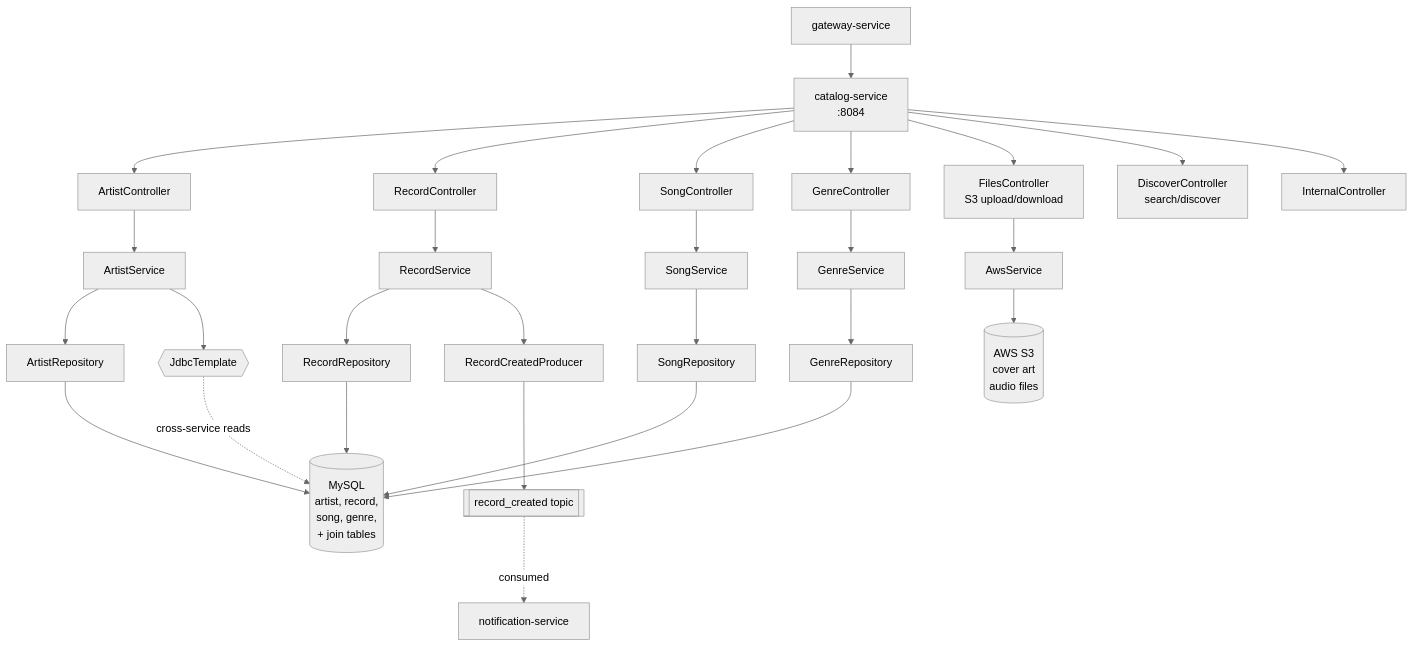
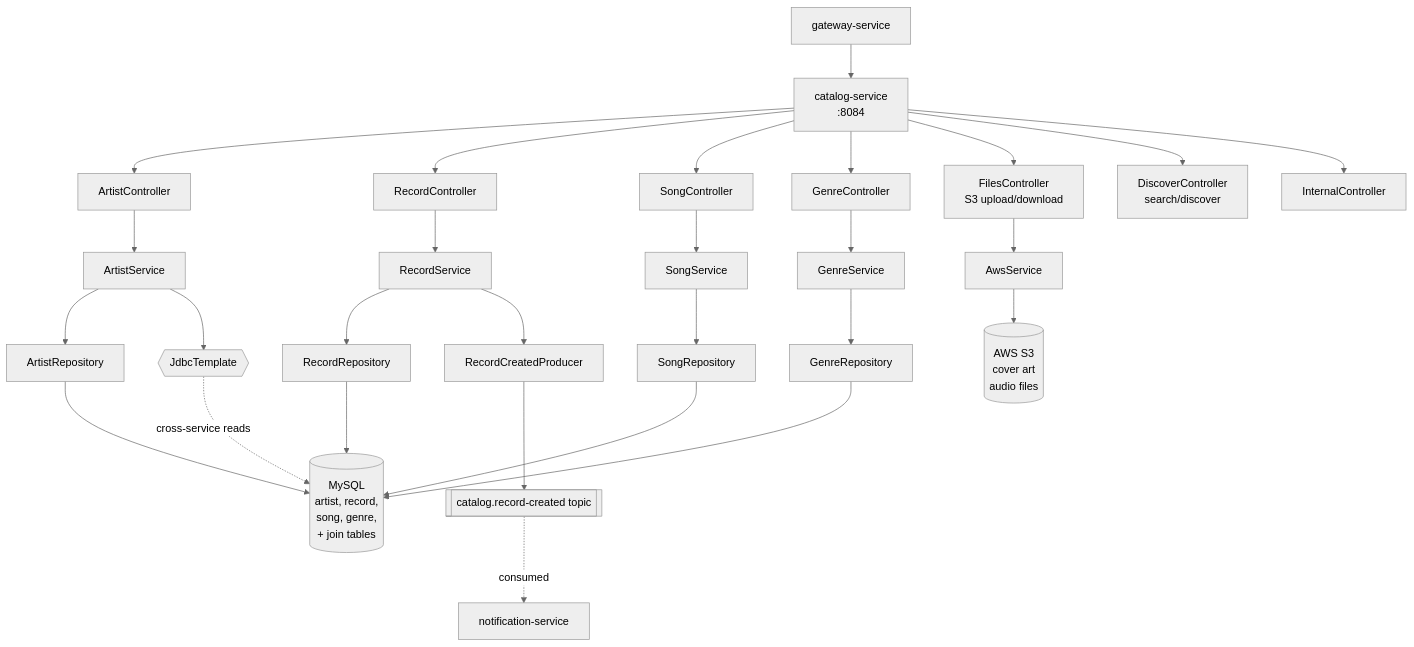
The first of 3 diagrams in catalog-service/README.md (harshithrao07/cadence), drawn with Mermaid (neutral theme) before and after one commit. The commit also changed other lines of this file and 58 other files, not shown here.

````diff
--- a/catalog-service/README.md
+++ b/catalog-service/README.md
@@ -16,36 +16,36 @@
 ```mermaid
 flowchart TB
     gw[gateway-service] --> catalog[catalog-service<br/>:8084]
 
     catalog --> ac[ArtistController]
     catalog --> rc[RecordController]
     catalog --> sc[SongController]
     catalog --> gc[GenreController]
     catalog --> fc[FilesController<br/>S3 upload/download]
     catalog --> dc[DiscoverController<br/>search/discover]
     catalog --> ic[InternalController]
 
     ac --> as[ArtistService]
     rc --> rs[RecordService]
     sc --> ss[SongService]
     gc --> gs[GenreService]
     fc --> aws[AwsService]
 
     as --> ar[ArtistRepository]
     as --> jdbc{{JdbcTemplate}}
     rs --> rr[RecordRepository]
     rs --> rcp[RecordCreatedProducer]
     ss --> sr[SongRepository]
     gs --> gr[GenreRepository]
 
     ar --> mysql[(MySQL<br/>artist, record,<br/>song, genre,<br/>+ join tables)]
     rr --> mysql
     sr --> mysql
     gr --> mysql
     jdbc -.cross-service reads.-> mysql
 
     aws --> s3[(AWS S3<br/>cover art<br/>audio files)]
 
-    rcp --> kafka[[record_created topic]]
+    rcp --> kafka[[catalog.record-created topic]]
     kafka -.consumed.-> notif[notification-service]
 ```
````
